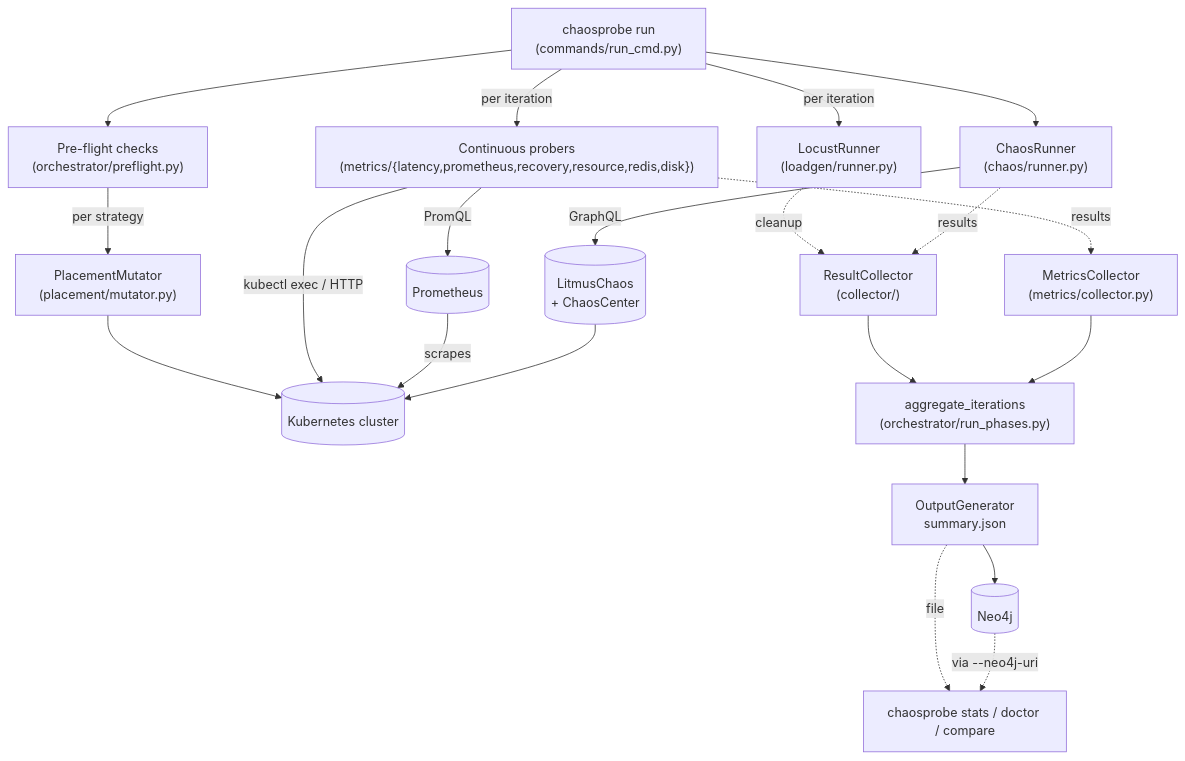
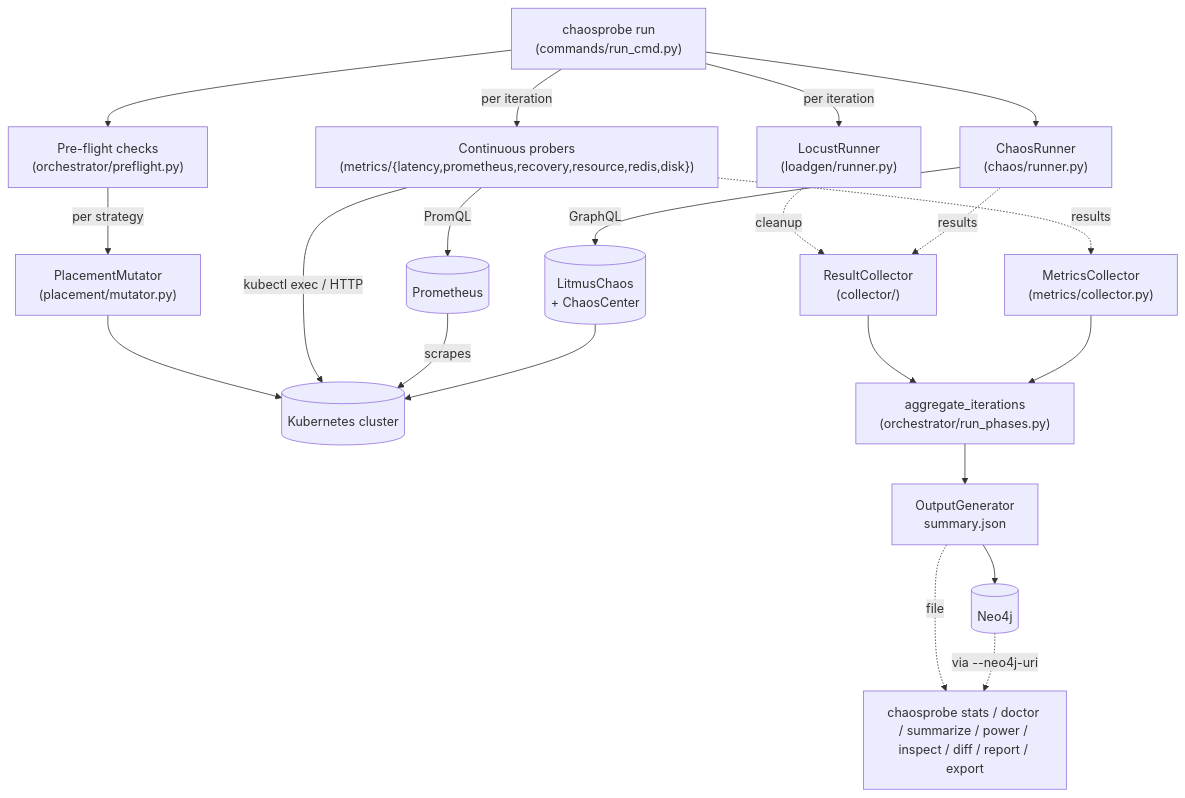
One commit to yhu02/uva-msc-thesis changed the diagram in chaosprobe/TECHNICAL.md. Above: the diagram before and after it, drawn with Mermaid. The commit also changed other lines of this file, not shown here.

First line of the commit message:
docs(technical): catch-up sweep for inspect / diff / report + --merge

````diff
--- a/chaosprobe/TECHNICAL.md
+++ b/chaosprobe/TECHNICAL.md
@@ -11,39 +11,39 @@
 ```mermaid
 flowchart TD
     CLI["chaosprobe run<br/>(commands/run_cmd.py)"]
     PF["Pre-flight checks<br/>(orchestrator/preflight.py)"]
     PM["PlacementMutator<br/>(placement/mutator.py)"]
     LR["LocustRunner<br/>(loadgen/runner.py)"]
     PRB["Continuous probers<br/>(metrics/{latency,prometheus,recovery,resource,redis,disk})"]
     CR["ChaosRunner<br/>(chaos/runner.py)"]
     K8s[("Kubernetes cluster")]
     Litmus[("LitmusChaos<br/>+ ChaosCenter")]
     Prom[("Prometheus")]
     RC["ResultCollector<br/>(collector/)"]
     MC["MetricsCollector<br/>(metrics/collector.py)"]
     AGG["aggregate_iterations<br/>(orchestrator/run_phases.py)"]
     OUT["OutputGenerator<br/>summary.json"]
     NEO[("Neo4j")]
-    STATS["chaosprobe stats / doctor / compare"]
+    STATS["chaosprobe stats / doctor / summarize / power / inspect / diff / report / export"]
 
     CLI --> PF
     PF -->|per strategy| PM
     PM --> K8s
     CLI -->|per iteration| LR
     CLI -->|per iteration| PRB
     PRB -->|kubectl exec / HTTP| K8s
     PRB -->|PromQL| Prom
     Prom -->|scrapes| K8s
     CLI --> CR
     CR -->|GraphQL| Litmus
     Litmus --> K8s
     LR -.->|cleanup| RC
     PRB -.->|results| MC
     CR -.->|results| RC
     RC --> AGG
     MC --> AGG
     AGG --> OUT
     OUT --> NEO
     OUT -.->|file| STATS
     NEO -.->|via --neo4j-uri| STATS
 ```
````
